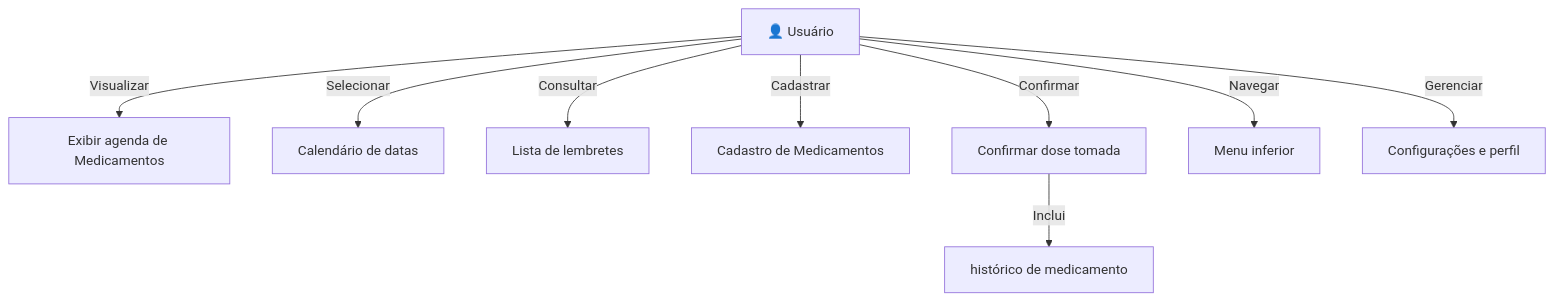
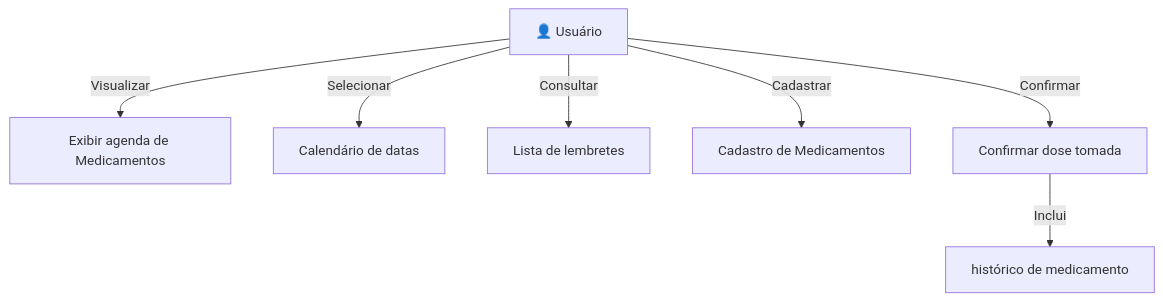
One commit to JotaVeMr/MobileTeste changed the diagram in README.md. Above: the diagram before and after it, drawn with Mermaid.

````diff
--- a/README.md
+++ b/README.md
@@ -1,16 +1,13 @@
 ```mermaid
 ---
 config:
   layout: fixed
 ---
 flowchart TD
     U["👤 Usuário"] -- "Visualizar" --> UC1["Exibir agenda de Medicamentos"]
     U -- "Selecionar" --> UC2["Calendário de datas"]
     U -- "Consultar" --> UC3["Lista de lembretes"]
     U -- "Cadastrar" --> UC4["Cadastro de Medicamentos"]
     U -- "Confirmar" --> UC5["Confirmar dose tomada"]
-    U -- "Navegar" --> UC6["Menu inferior"]
-    U -- "Gerenciar" --> UC7["Configurações e perfil"]
-
     UC5 -- "Inclui" --> UC8[" histórico de medicamento" ]
 ```
````
